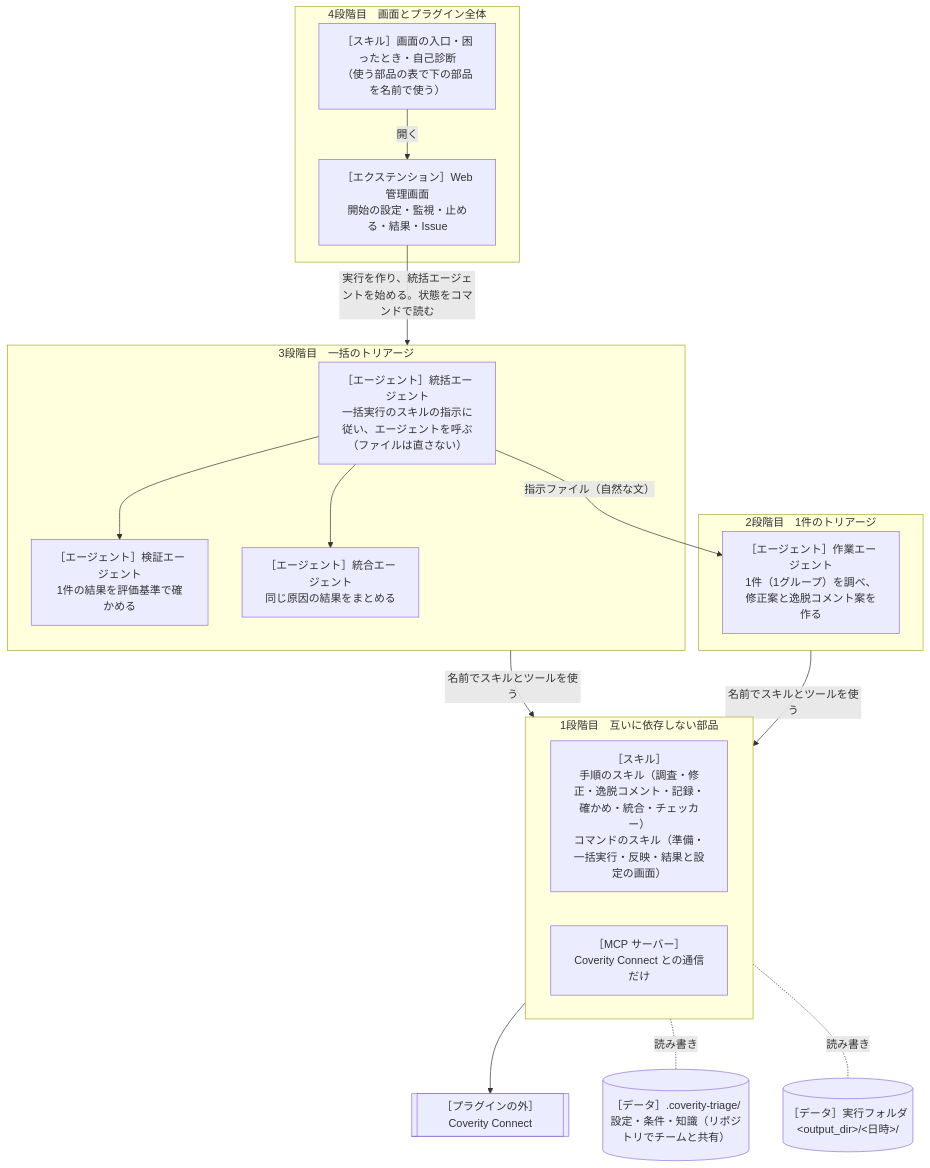
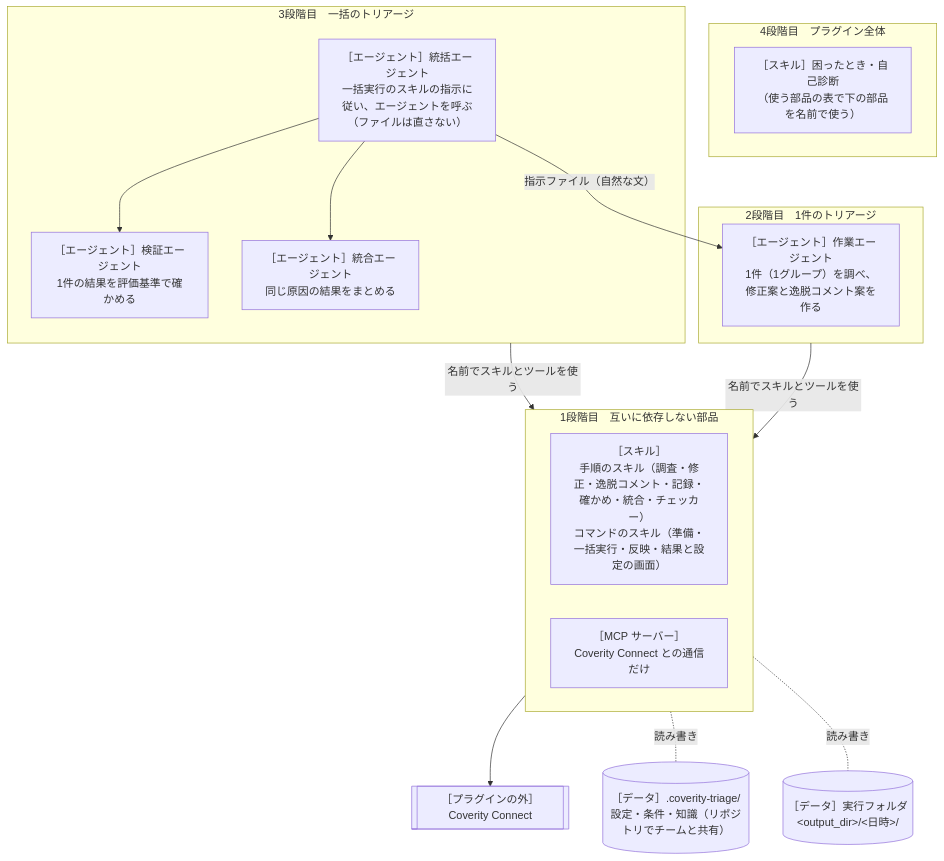
The diagram in plugins/coverity-triage-kit/docs/design/design.md (xclang-brain/plugin-market-place), drawn with Mermaid before and after one commit. The commit also changed other lines of this file and 116 other files, not shown here.

````diff
--- a/plugins/coverity-triage-kit/docs/design/design.md
+++ b/plugins/coverity-triage-kit/docs/design/design.md
@@ -30,34 +29,31 @@
 ```mermaid
 flowchart TB
-    subgraph L4["4段階目　画面とプラグイン全体"]
-        EXT["［エクステンション］Web管理画面<br/>開始の設定・監視・止める・結果・Issue"]
-        ENT["［スキル］画面の入口・困ったとき・自己診断<br/>（使う部品の表で下の部品を名前で使う）"]
+    subgraph L4["4段階目　プラグイン全体"]
+        ENT["［スキル］困ったとき・自己診断<br/>（使う部品の表で下の部品を名前で使う）"]
     end
     subgraph L3["3段階目　一括のトリアージ"]
         ORC["［エージェント］統括エージェント<br/>一括実行のスキルの指示に従い、エージェントを呼ぶ<br/>（ファイルは直さない）"]
         REV["［エージェント］検証エージェント<br/>1件の結果を評価基準で確かめる"]
         INT["［エージェント］統合エージェント<br/>同じ原因の結果をまとめる"]
     end
     subgraph L2["2段階目　1件のトリアージ"]
         WRK["［エージェント］作業エージェント<br/>1件（1グループ）を調べ、修正案と逸脱コメント案を作る"]
     end
     subgraph L1["1段階目　互いに依存しない部品"]
         direction LR
         SK["［スキル］<br/>手順のスキル（調査・修正・逸脱コメント・記録・確かめ・統合・チェッカー）<br/>コマンドのスキル（準備・一括実行・反映・結果と設定の画面）"]
         MCP["［MCP サーバー］<br/>Coverity Connect との通信だけ"]
     end
     SET[("［データ］.coverity-triage/<br/>設定・条件・知識（リポジトリでチームと共有）")]
     RUN[("［データ］実行フォルダ<br/>&lt;output_dir&gt;/&lt;日時&gt;/")]
     COV[["［プラグインの外］Coverity Connect"]]
 
-    ENT -- "開く" --> EXT
-    EXT -- "実行を作り、統括エージェントを始める。状態をコマンドで読む" --> L3
     ORC -- "指示ファイル（自然な文）" --> WRK
     ORC --> REV
     ORC --> INT
     L3 -- "名前でスキルとツールを使う" --> L1
     L2 -- "名前でスキルとツールを使う" --> L1
     MCP --> COV
     SK -. "読み書き" .- SET
     SK -. "読み書き" .- RUN
 ```
````
